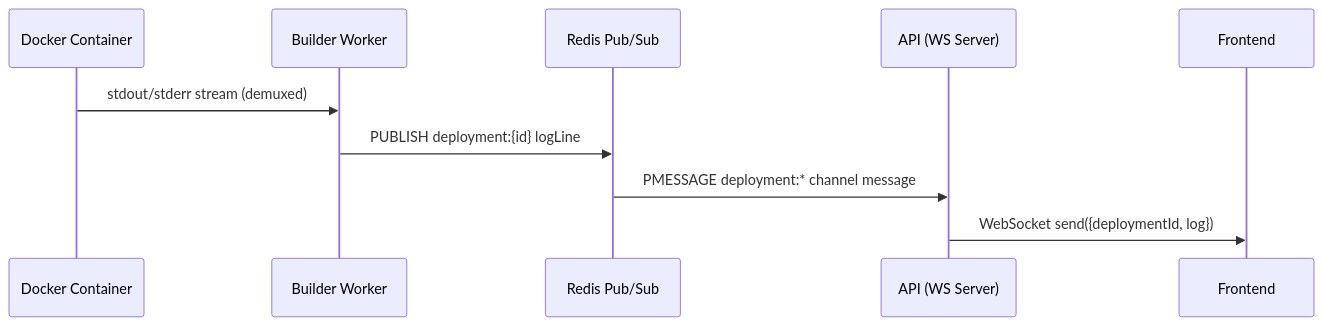
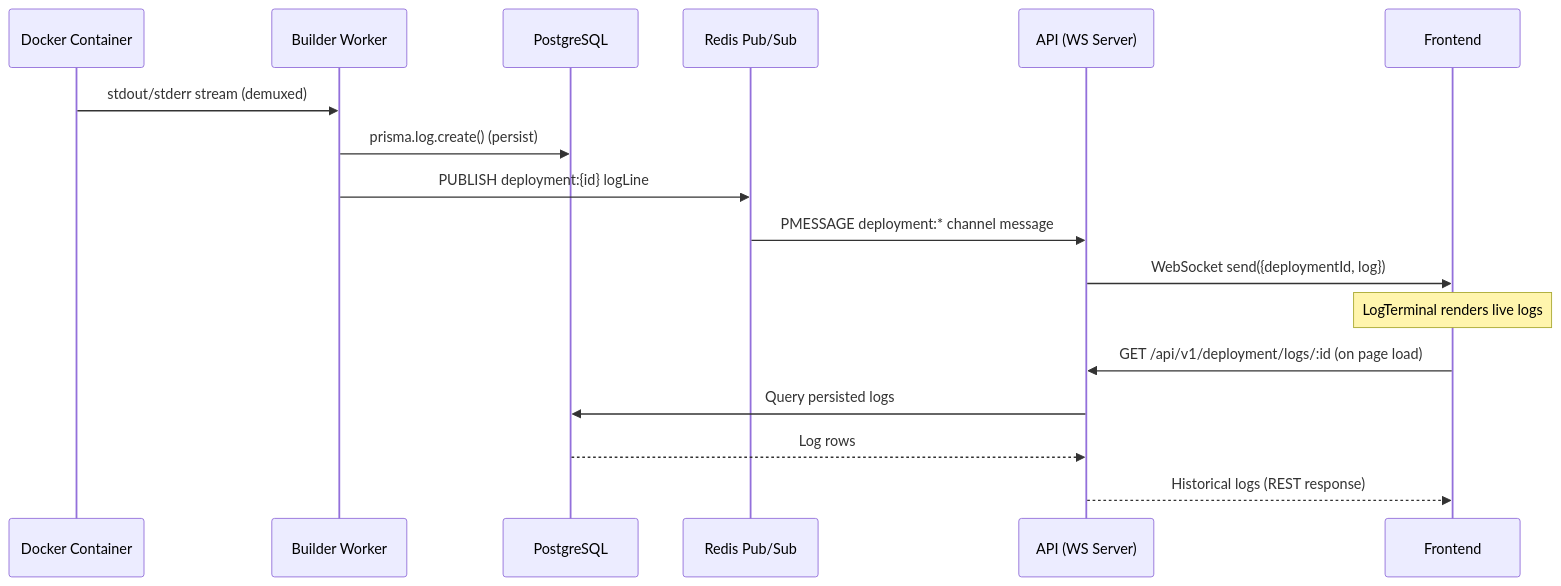
One commit to Abhishek8841/shipyard changed the third of 3 diagrams in README.md. Above: the diagram before and after it, drawn with Mermaid. The commit also changed other lines of this file, not shown here.

````diff
--- a/README.md
+++ b/README.md
@@ -559,13 +557,20 @@
 ```mermaid
 sequenceDiagram
     participant D as Docker Container
     participant B as Builder Worker
+    participant PG as PostgreSQL
     participant R as Redis Pub/Sub
     participant A as API (WS Server)
     participant F as Frontend
 
     D->>B: stdout/stderr stream (demuxed)
+    B->>PG: prisma.log.create() (persist)
     B->>R: PUBLISH deployment:{id} logLine
     R->>A: PMESSAGE deployment:* channel message
     A->>F: WebSocket send({deploymentId, log})
+    Note over F: LogTerminal renders live logs
+    F->>A: GET /api/v1/deployment/logs/:id (on page load)
+    A->>PG: Query persisted logs
+    PG-->>A: Log rows
+    A-->>F: Historical logs (REST response)
 ```
````
